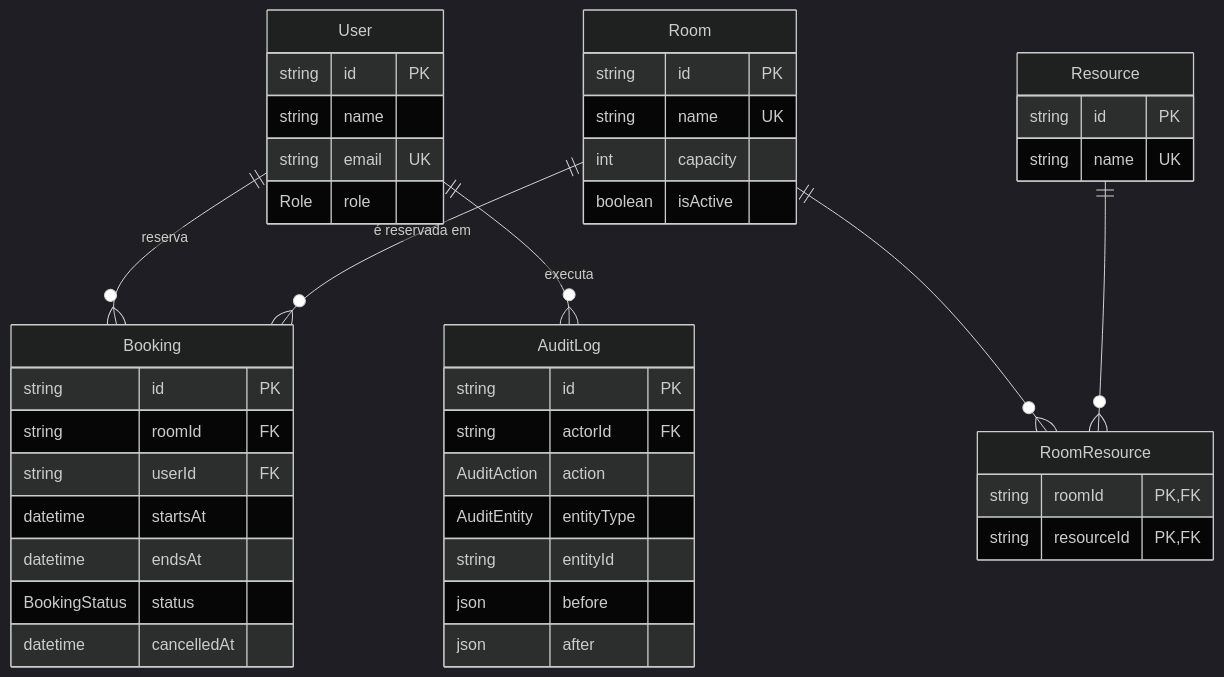
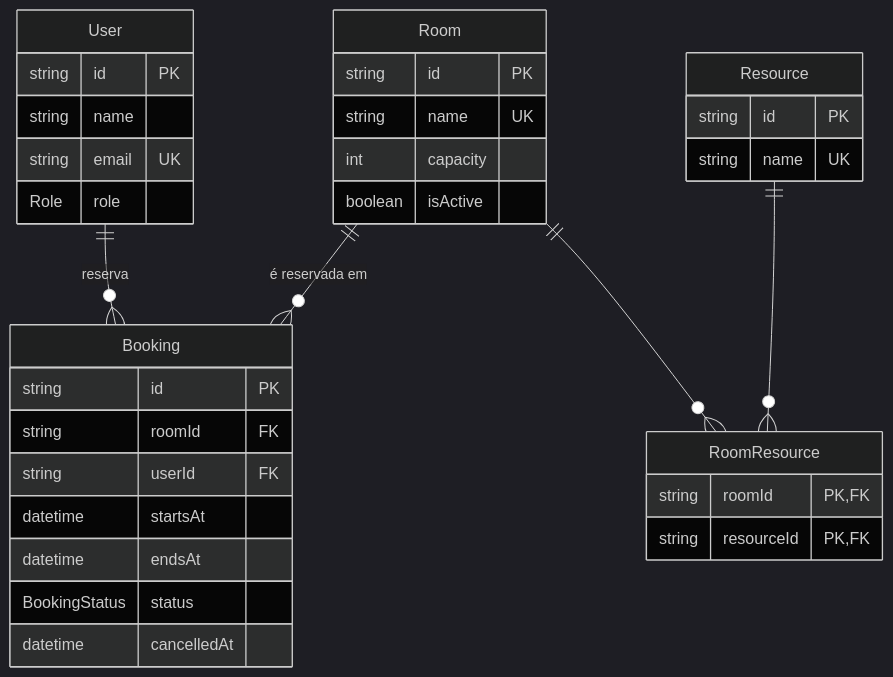
One commit to marianeors/reserva-salas changed the diagram in README.md. Above: the diagram before and after it, drawn with Mermaid (dark theme). The commit also changed other lines of this file and 2 other files, not shown here.

First line of the commit message:
refactor(db): remove audit log from scope

````diff
--- a/README.md
+++ b/README.md
@@ -48,47 +48,37 @@
 ```mermaid
 erDiagram
     User ||--o{ Booking : "reserva"
     Room ||--o{ Booking : "é reservada em"
     Room ||--o{ RoomResource : ""
     Resource ||--o{ RoomResource : ""
-    User ||--o{ AuditLog : "executa"
 
     User {
         string id PK
         string name
         string email UK
         Role role
     }
     Room {
         string id PK
         string name UK
         int capacity
         boolean isActive
     }
     Resource {
         string id PK
         string name UK
     }
     RoomResource {
         string roomId PK, FK
         string resourceId PK, FK
     }
     Booking {
         string id PK
         string roomId FK
         string userId FK
         datetime startsAt
         datetime endsAt
         BookingStatus status
         datetime cancelledAt
     }
-    AuditLog {
-        string id PK
-        string actorId FK
-        AuditAction action
-        AuditEntity entityType
-        string entityId
-        json before
-        json after
-    }
 ```
````
